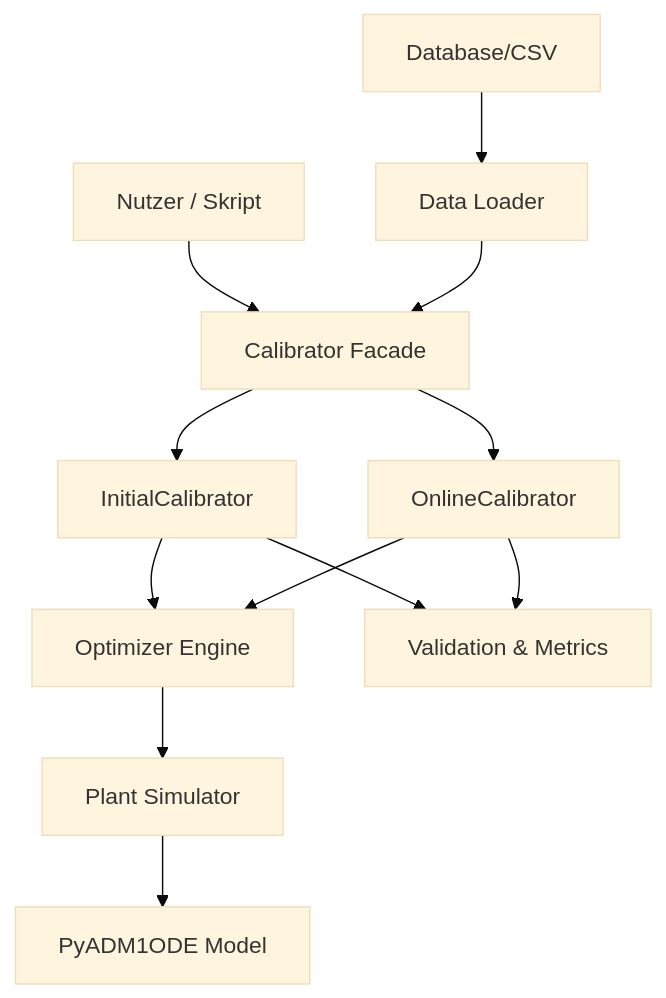
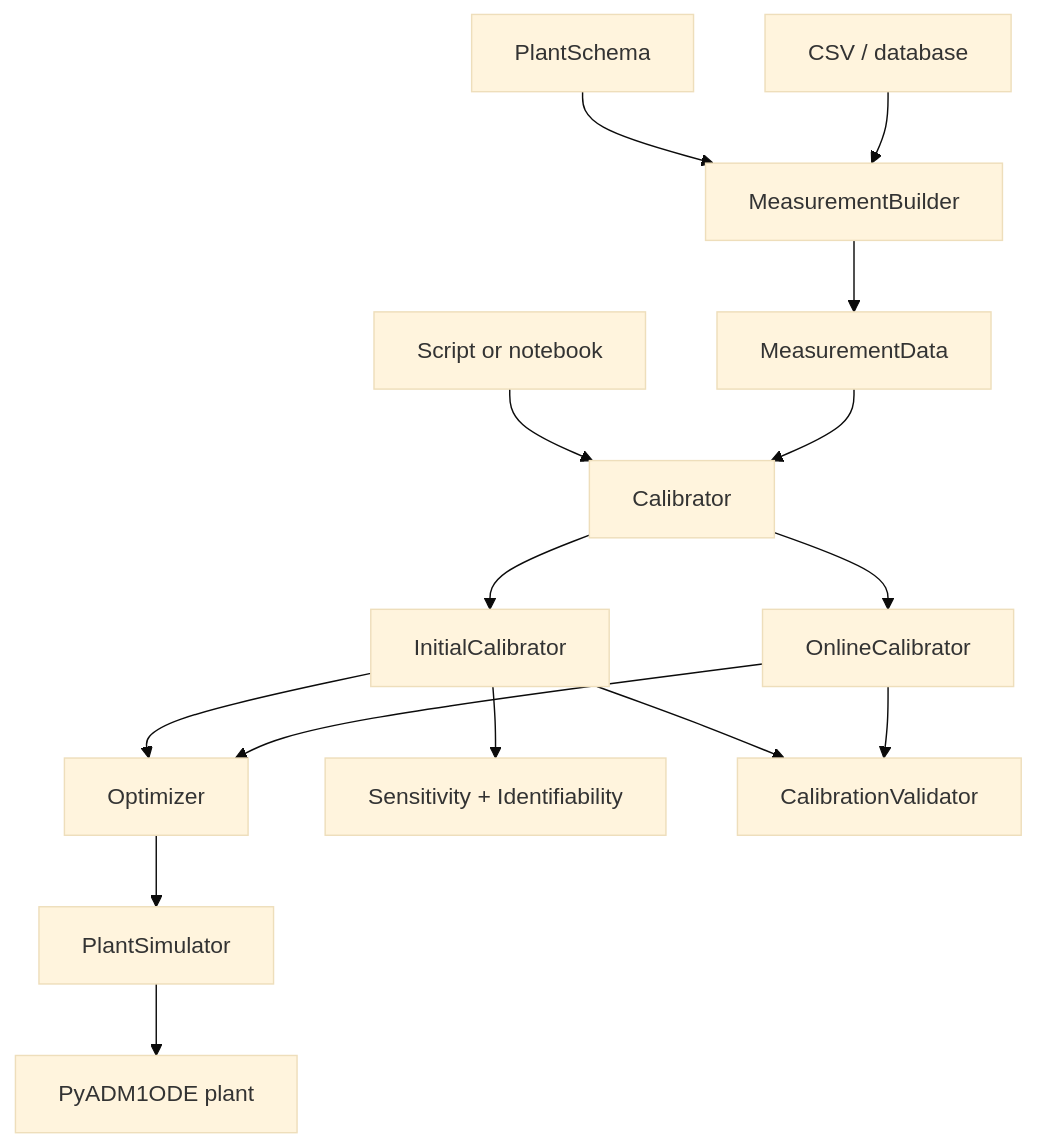
Before and after one commit to dgaida/PyADM1ODE_calibration: the first of 2 diagrams in docs/de/architecture/index.md, drawn with Mermaid (base theme). The commit also changed other lines of this file and 143 other files, not shown here.

First line of the commit message:
Refactor and enhance unit tests for database, repositories, schema, tabular CSV sources, and units

````diff
--- a/docs/de/architecture/index.md
+++ b/docs/de/architecture/index.md
@@ -9,18 +5,20 @@
 ```mermaid
 graph TD
-    A[Nutzer / Skript] --> B[Calibrator Facade]
+    A[Script or notebook] --> B[Calibrator]
     B --> C[InitialCalibrator]
     B --> D[OnlineCalibrator]
 
-    C --> E[Optimizer Engine]
+    C --> E[Optimizer]
     D --> E
+    E --> F[PlantSimulator]
+    F --> G[PyADM1ODE plant]
 
-    E --> F[Plant Simulator]
-    F --> G[PyADM1ODE Model]
+    H[PlantSchema] --> I[MeasurementBuilder]
+    I --> J[MeasurementData]
+    K[CSV / database] --> I
+    J --> B
 
-    H[Data Loader] --> B
-    I[Database/CSV] --> H
-
-    C --> J[Validation & Metrics]
-    D --> J
+    C --> L[Sensitivity + Identifiability]
+    C --> M[CalibrationValidator]
+    D --> M
 ```
````
